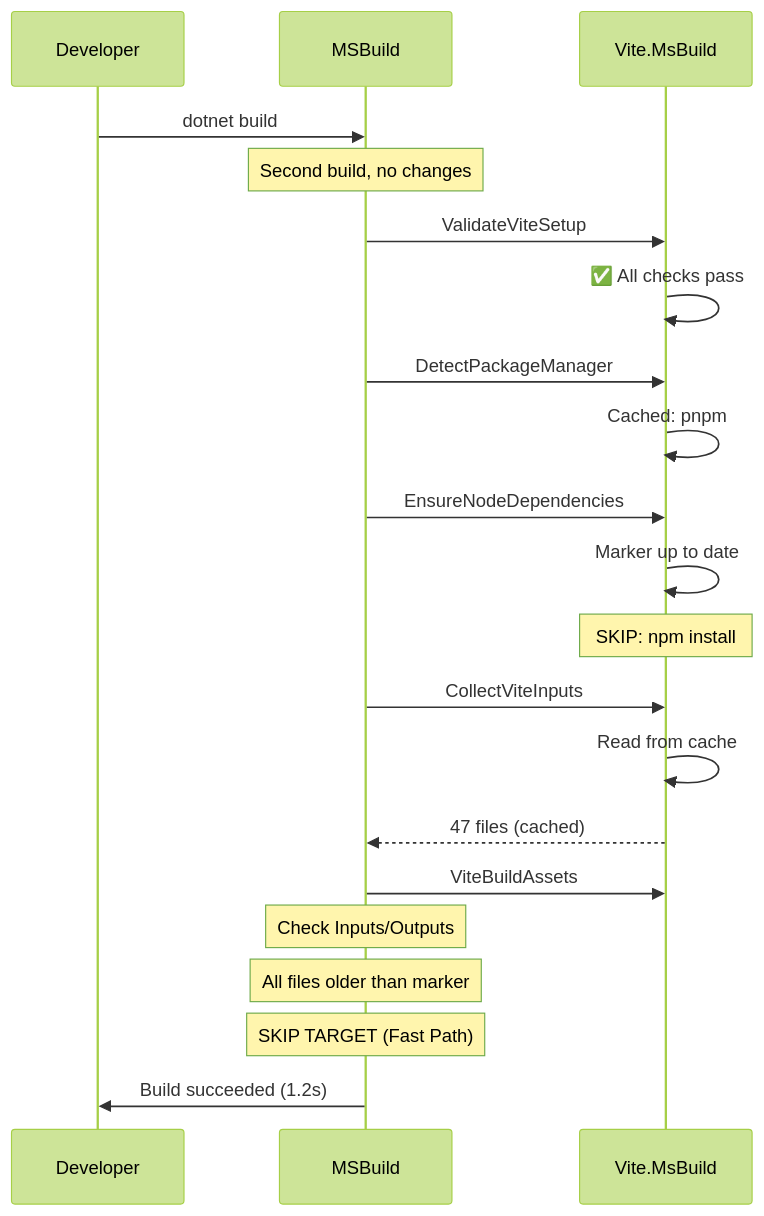
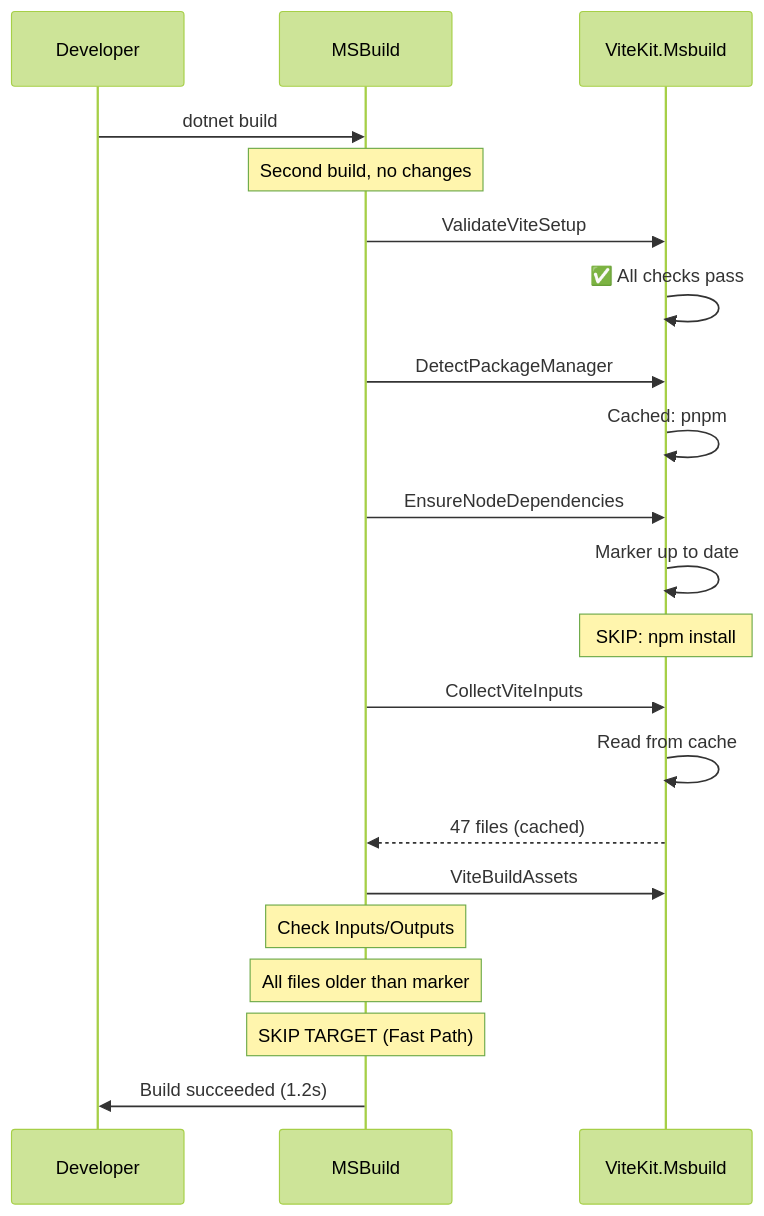
Before and after one commit to DigitalParadox/Vite.MsBuild: the sixth of 18 diagrams in docs/architecture/build-decision-matrix.md, drawn with Mermaid (forest theme). The commit also changed other lines of this file and 38 other files, not shown here.

First line of the commit message:
refactor: rename Vite.MsBuild to ViteKit.Msbuild across documentation

````diff
--- a/docs/architecture/build-decision-matrix.md
+++ b/docs/architecture/build-decision-matrix.md
@@ -240,30 +240,30 @@
 ```mermaid
 sequenceDiagram
     participant Dev as Developer
     participant MSB as MSBuild
-    participant Vite as Vite.MsBuild
+    participant Vite as ViteKit.Msbuild
 
     Dev->>MSB: dotnet build
     Note over MSB: Second build, no changes
     
     MSB->>Vite: ValidateViteSetup
     Vite->>Vite: ✅ All checks pass
     
     MSB->>Vite: DetectPackageManager
     Vite->>Vite: Cached: pnpm
     
     MSB->>Vite: EnsureNodeDependencies
     Vite->>Vite: Marker up to date
     Note over Vite: SKIP: npm install
     
     MSB->>Vite: CollectViteInputs
     Vite->>Vite: Read from cache
     Vite-->>MSB: 47 files (cached)
     
     MSB->>Vite: ViteBuildAssets
     Note over MSB: Check Inputs/Outputs
     Note over MSB: All files older than marker
     Note over MSB: SKIP TARGET (Fast Path)
     
     MSB->>Dev: Build succeeded (1.2s)
 ```
````
